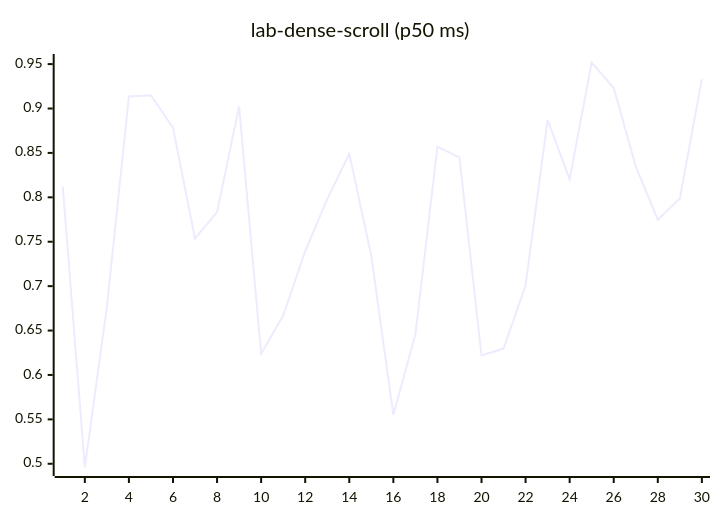
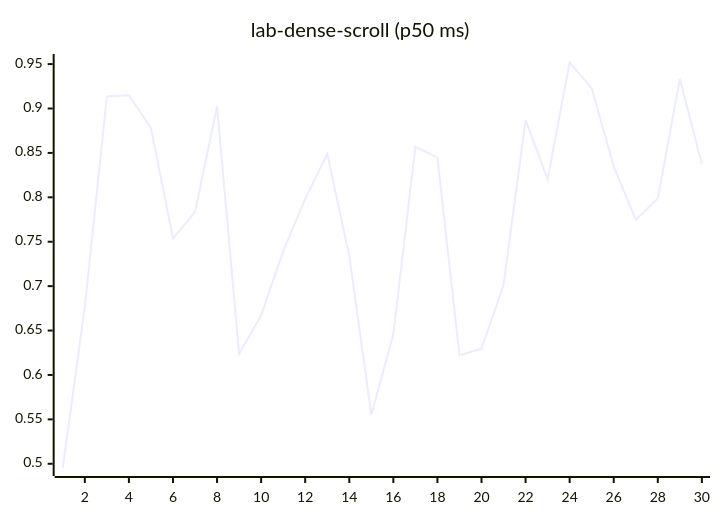
Diagram 12 of 27 in README.md (josha/Facet), drawn with Mermaid before and after one commit. The commit also changed other lines of this file and 2 other files, not shown here.

````diff
--- a/README.md
+++ b/README.md
@@ -140,6 +140,6 @@
 ```mermaid
 xychart-beta
     title "lab-dense-scroll (p50 ms)"
     x-axis 1 --> 30
-    line [0.8121, 0.4958, 0.6764, 0.9135, 0.9149, 0.8783, 0.7537, 0.7833, 0.9024, 0.6238, 0.6669, 0.7395, 0.7979, 0.8489, 0.7339, 0.5552, 0.6458, 0.8568, 0.8450, 0.6219, 0.6297, 0.7010, 0.8871, 0.8203, 0.9518, 0.9230, 0.8349, 0.7748, 0.7987, 0.9331]
+    line [0.4958, 0.6764, 0.9135, 0.9149, 0.8783, 0.7537, 0.7833, 0.9024, 0.6238, 0.6669, 0.7395, 0.7979, 0.8489, 0.7339, 0.5552, 0.6458, 0.8568, 0.8450, 0.6219, 0.6297, 0.7010, 0.8871, 0.8203, 0.9518, 0.9230, 0.8349, 0.7748, 0.7987, 0.9331, 0.8374]
 ```
````
